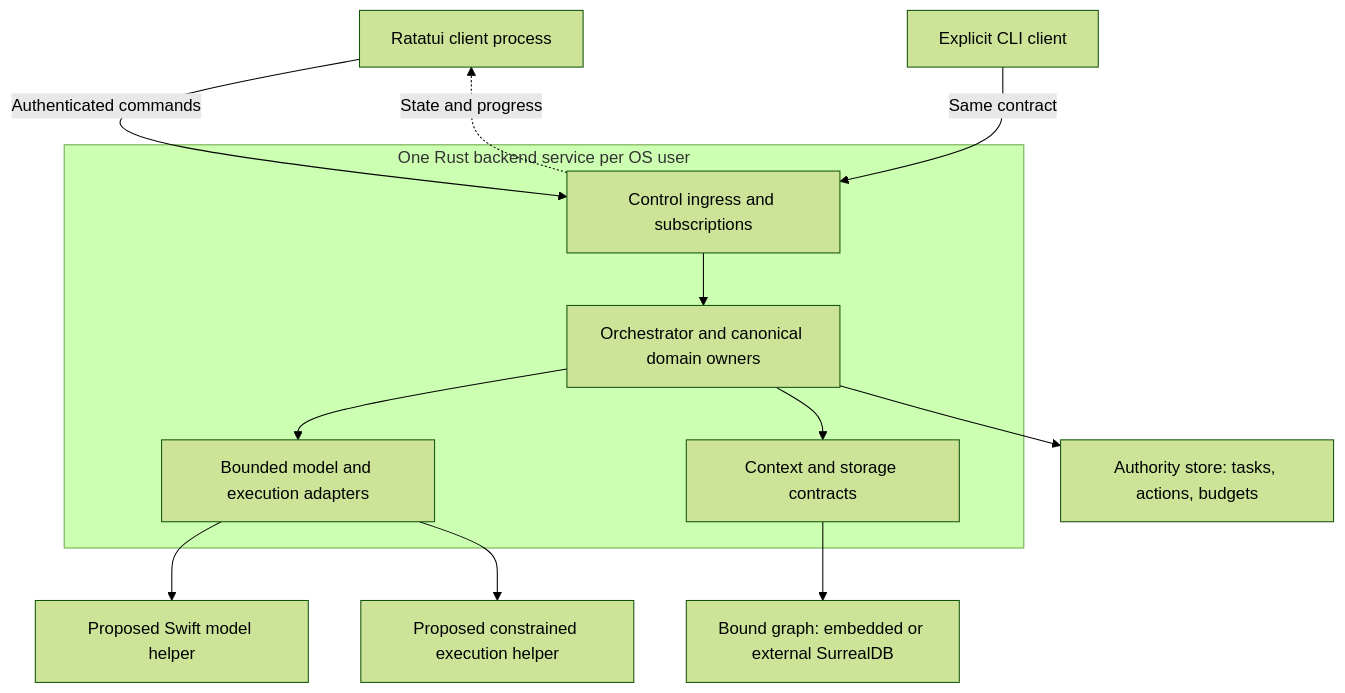
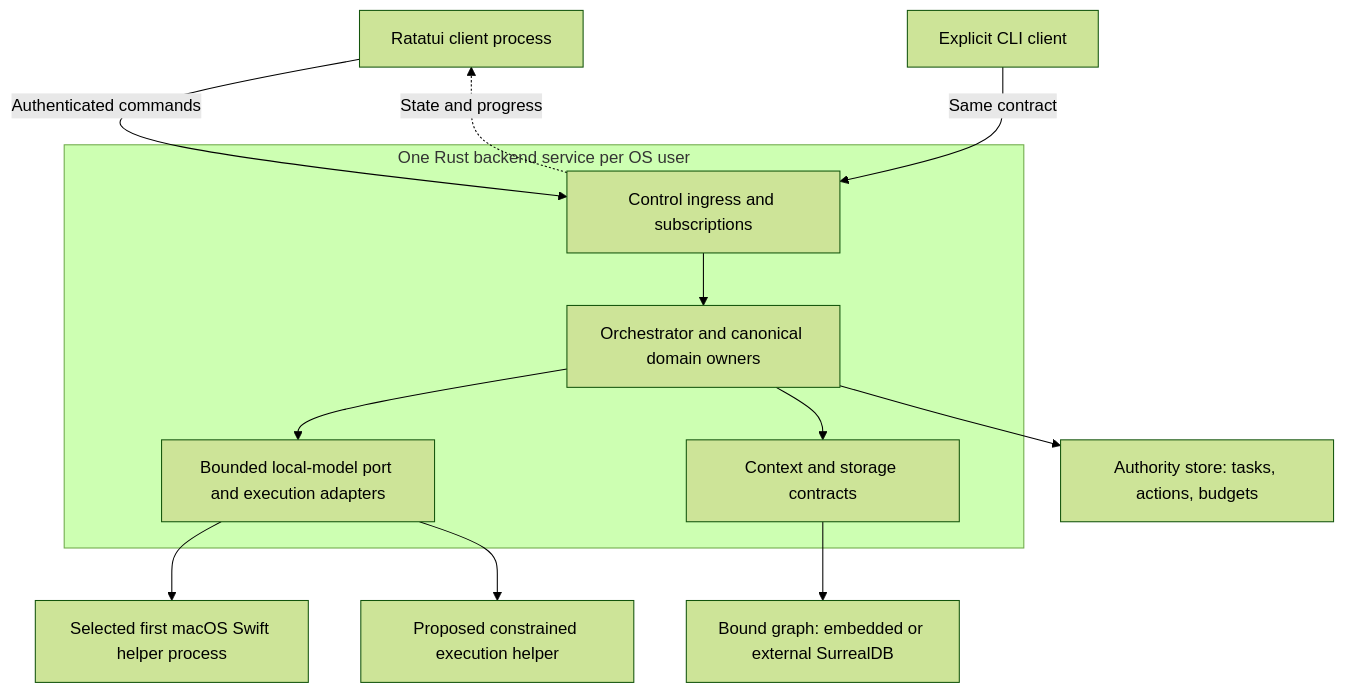
Before and after one commit to pidster/asura: the first of 7 diagrams in docs/designs/runtime-architecture.md, drawn with Mermaid (forest theme). The commit also changed other lines of this file and 73 other files, not shown here.

````diff
--- a/docs/designs/runtime-architecture.md
+++ b/docs/designs/runtime-architecture.md
@@ -37,15 +39,15 @@
 ```mermaid
 flowchart TD
     TUI["Ratatui client process"] -->|Authenticated commands| API
     CLI["Explicit CLI client"] -->|Same contract| API
     subgraph Service["One Rust backend service per OS user"]
         API["Control ingress and subscriptions"] --> O["Orchestrator and canonical domain owners"]
-        O --> Adapters["Bounded model and execution adapters"]
+        O --> Adapters["Bounded local-model port and execution adapters"]
         O --> Context["Context and storage contracts"]
     end
     O --> Ledger["Authority store: tasks, actions, budgets"]
     Context --> Graph["Bound graph: embedded or external SurrealDB"]
-    Adapters --> Swift["Proposed Swift model helper"]
+    Adapters --> Swift["Selected first macOS Swift helper process"]
     Adapters --> Host["Proposed constrained execution helper"]
     API -.->|State and progress| TUI
 ```
````
